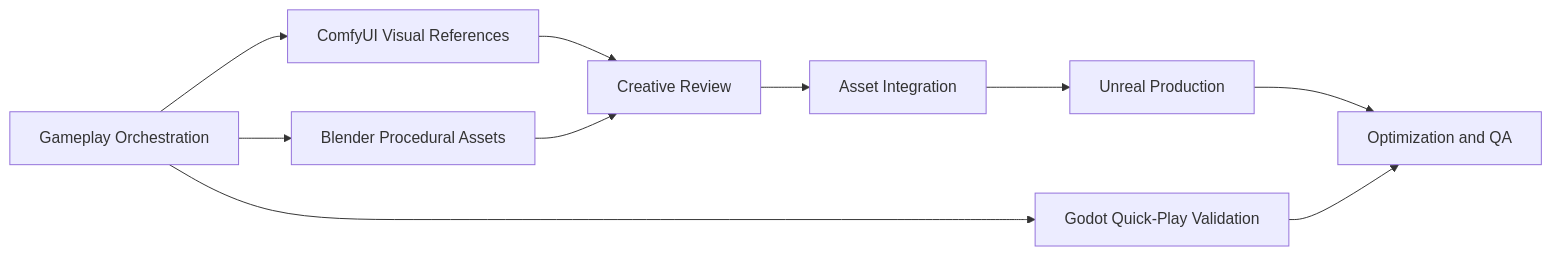
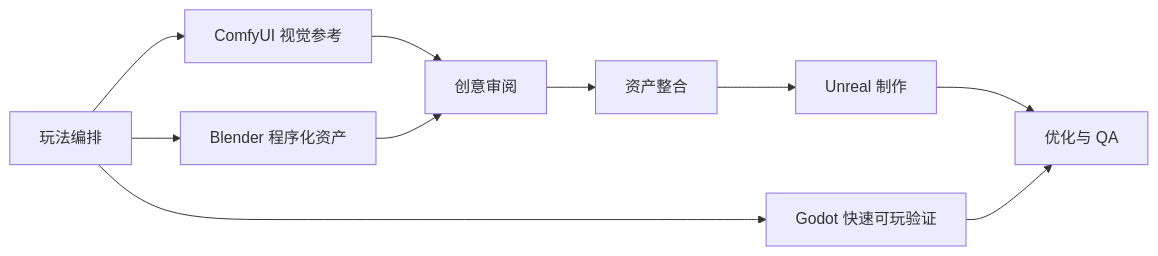
The diagram in README.md (tutict/Fantasy-Agent), drawn with Mermaid before and after one commit. The commit also changed other lines of this file and 43 other files, not shown here.

````diff
--- a/README.md
+++ b/README.md
@@ -64,12 +40,12 @@
 ```mermaid
 flowchart LR
-  A["Gameplay Orchestration"] --> B["ComfyUI Visual References"]
-  A --> C["Blender Procedural Assets"]
-  B --> D["Creative Review"]
+  A["玩法编排"] --> B["ComfyUI 视觉参考"]
+  A --> C["Blender 程序化资产"]
+  B --> D["创意审阅"]
   C --> D
-  D --> E["Asset Integration"]
-  E --> F["Unreal Production"]
-  A --> H["Godot Quick-Play Validation"]
-  F --> G["Optimization and QA"]
+  D --> E["资产整合"]
+  E --> F["Unreal 制作"]
+  A --> H["Godot 快速可玩验证"]
+  F --> G["优化与 QA"]
   H --> G
 ```
````
